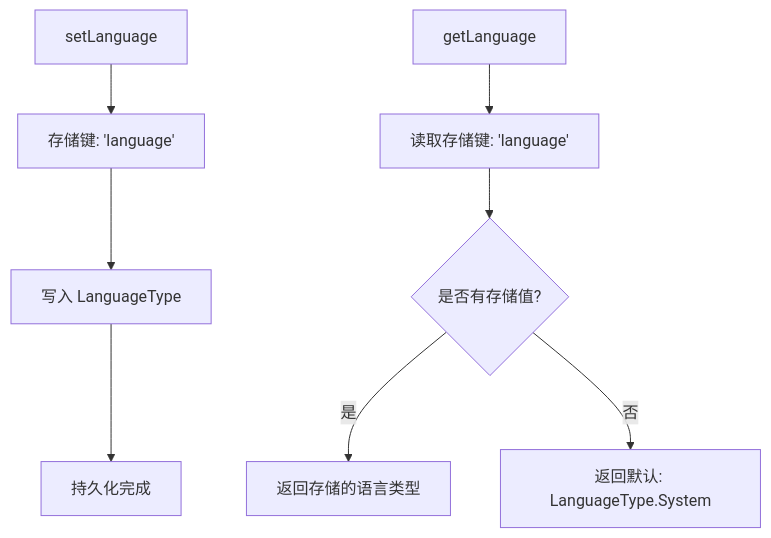
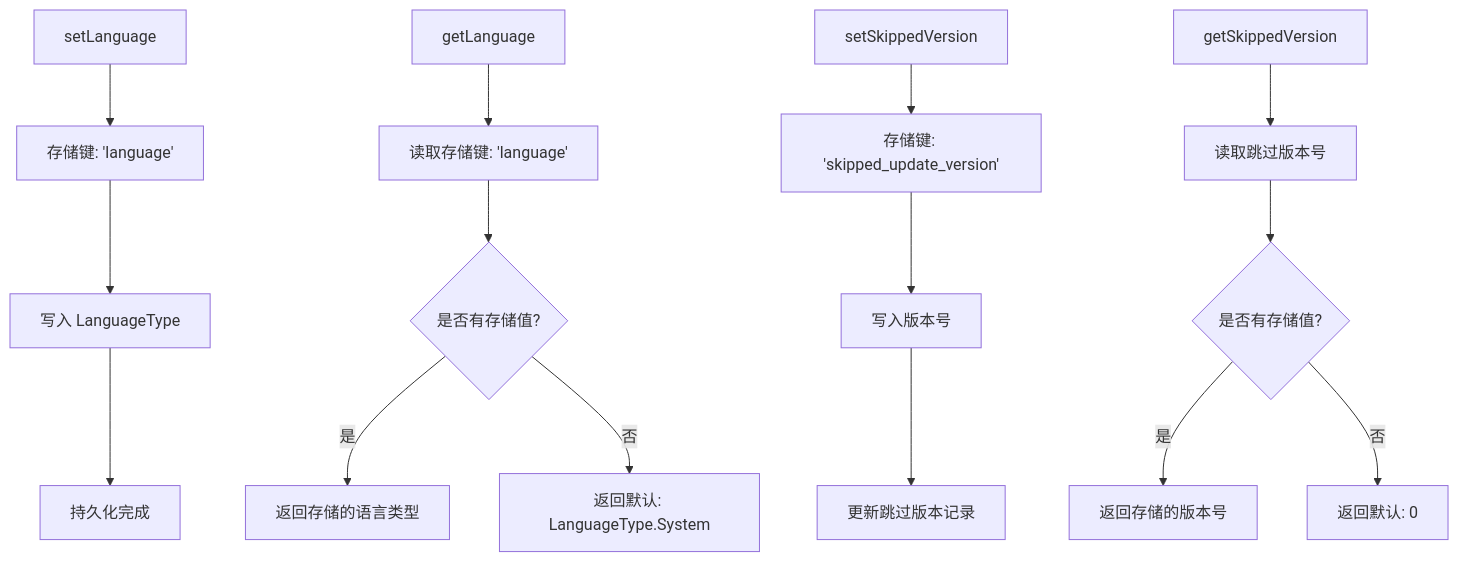
Before and after one commit to tea4go/Macro-Deck-Client-App: the fifth of 12 diagrams in .qoder/repowiki/zh/content/核心功能模块/国际化系统.md, drawn with Mermaid. The commit also changed other lines of this file and 37 other files, not shown here.

````diff
--- a/.qoder/repowiki/zh/content/核心功能模块/国际化系统.md
+++ b/.qoder/repowiki/zh/content/核心功能模块/国际化系统.md
@@ -217,10 +227,17 @@
 ```mermaid
 flowchart TD
 A[setLanguage] --> B[存储键: 'language']
 B --> C[写入 LanguageType]
 C --> D[持久化完成]
 E[getLanguage] --> F[读取存储键: 'language']
 F --> G{是否有存储值?}
 G --> |是| H[返回存储的语言类型]
 G --> |否| I[返回默认: LanguageType.System]
+J[setSkippedVersion] --> K[存储键: 'skipped_update_version']
+K --> L[写入版本号]
+L --> M[更新跳过版本记录]
+N[getSkippedVersion] --> O[读取跳过版本号]
+O --> P{是否有存储值?}
+P --> |是| Q[返回存储的版本号]
+P --> |否| R[返回默认: 0]
 ```
````
